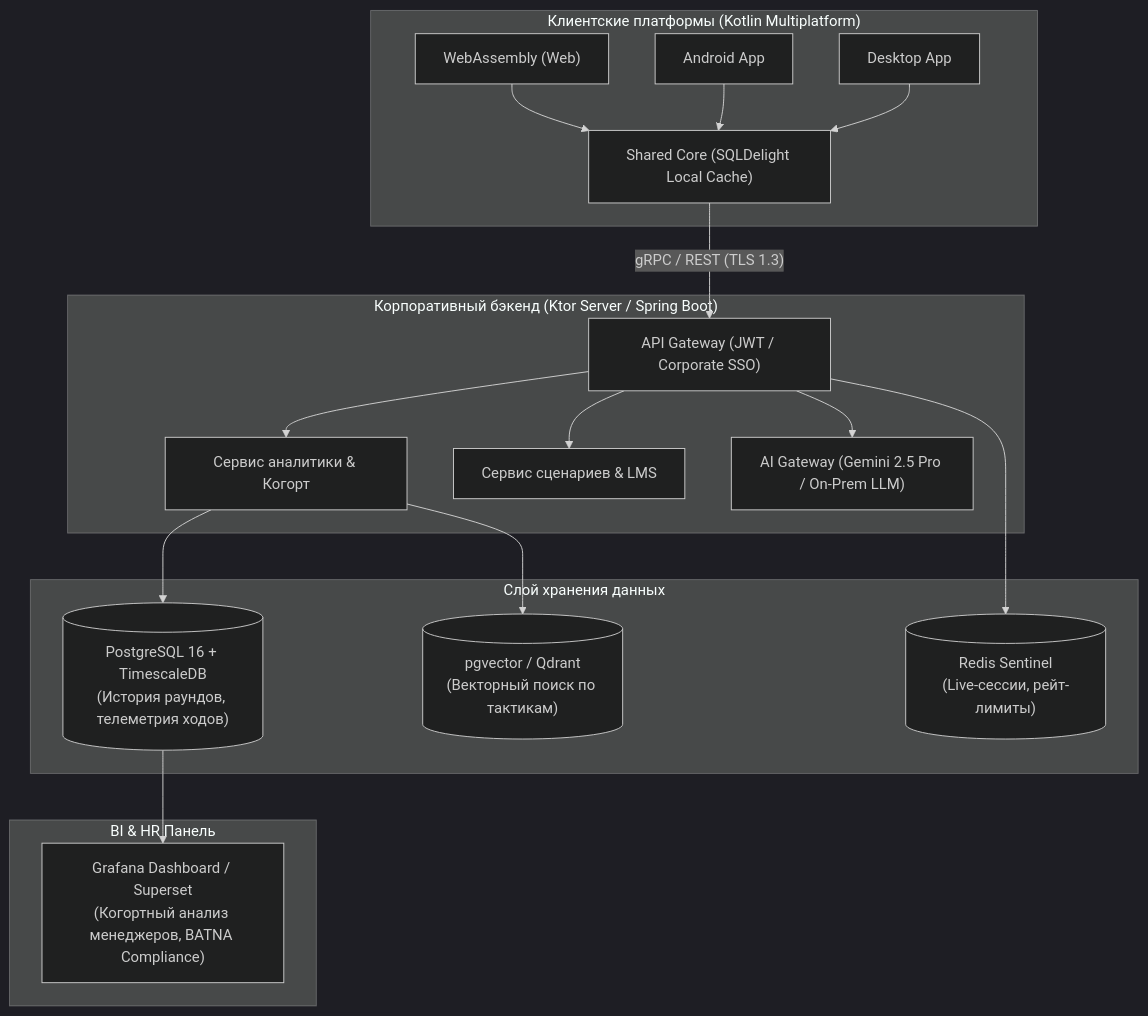
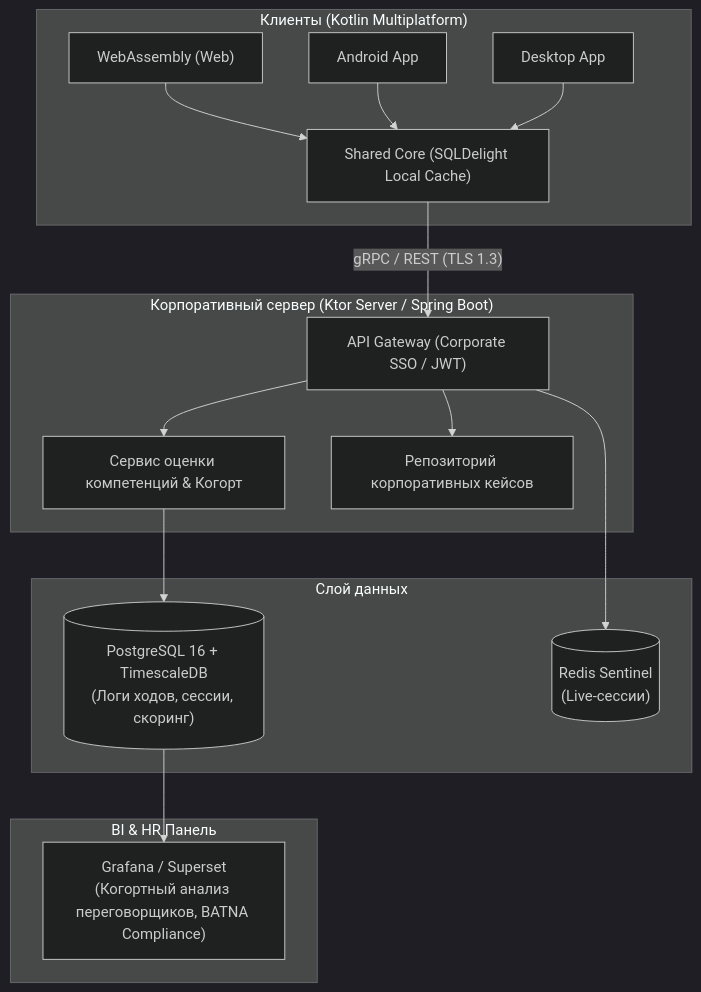
Before and after one commit to linskay/lct2026-alabuga: the second of 2 diagrams in README.md, drawn with Mermaid (dark theme). The commit also changed other lines of this file and 10 other files, not shown here.

````diff
--- a/README.md
+++ b/README.md
@@ -138,39 +173,34 @@
 ```mermaid
 flowchart TD
-    subgraph Client["Клиентские платформы (Kotlin Multiplatform)"]
+    subgraph Client["Клиенты (Kotlin Multiplatform)"]
         WASM["WebAssembly (Web)"]
         AND["Android App"]
         DSK["Desktop App"]
         KMP_CORE["Shared Core (SQLDelight Local Cache)"]
         WASM --> KMP_CORE
         AND --> KMP_CORE
         DSK --> KMP_CORE
     end
 
-    subgraph Backend["Корпоративный бэкенд (Ktor Server / Spring Boot)"]
-        API_GATEWAY["API Gateway (JWT / Corporate SSO)"]
-        STATS_SERVICE["Сервис аналитики & Когорт"]
-        SCENARIO_SERVICE["Сервис сценариев & LMS"]
-        LLM_PROXY["AI Gateway (Gemini 2.5 Pro / On-Prem LLM)"]
+    subgraph Backend["Корпоративный сервер (Ktor Server / Spring Boot)"]
+        API_GATEWAY["API Gateway (Corporate SSO / JWT)"]
+        STATS_SERVICE["Сервис оценки компетенций & Когорт"]
+        SCENARIO_SERVICE["Репозиторий корпоративных кейсов"]
         
         KMP_CORE -- "gRPC / REST (TLS 1.3)" --> API_GATEWAY
         API_GATEWAY --> STATS_SERVICE
         API_GATEWAY --> SCENARIO_SERVICE
-        API_GATEWAY --> LLM_PROXY
     end
 
-    subgraph Storage["Слой хранения данных"]
-        POSTGRES[("PostgreSQL 16 + TimescaleDB\n(История раундов, телеметрия ходов)")]
-        REDIS[("Redis Sentinel\n(Live-сессии, рейт-лимиты)")]
-        VECTOR_DB[("pgvector / Qdrant\n(Векторный поиск по тактикам)")]
-        
+    subgraph Storage["Слой данных"]
+        POSTGRES[("PostgreSQL 16 + TimescaleDB\n(Логи ходов, сессии, скоринг)")]
+        REDIS[("Redis Sentinel\n(Live-сессии)")]
         STATS_SERVICE --> POSTGRES
-        STATS_SERVICE --> VECTOR_DB
         API_GATEWAY --> REDIS
     end
 
     subgraph BI["BI & HR Панель"]
-        GRAFANA["Grafana Dashboard / Superset\n(Когортный анализ менеджеров, BATNA Compliance)"]
+        GRAFANA["Grafana / Superset\n(Когортный анализ переговорщиков, BATNA Compliance)"]
         POSTGRES --> GRAFANA
     end
 ```
````
